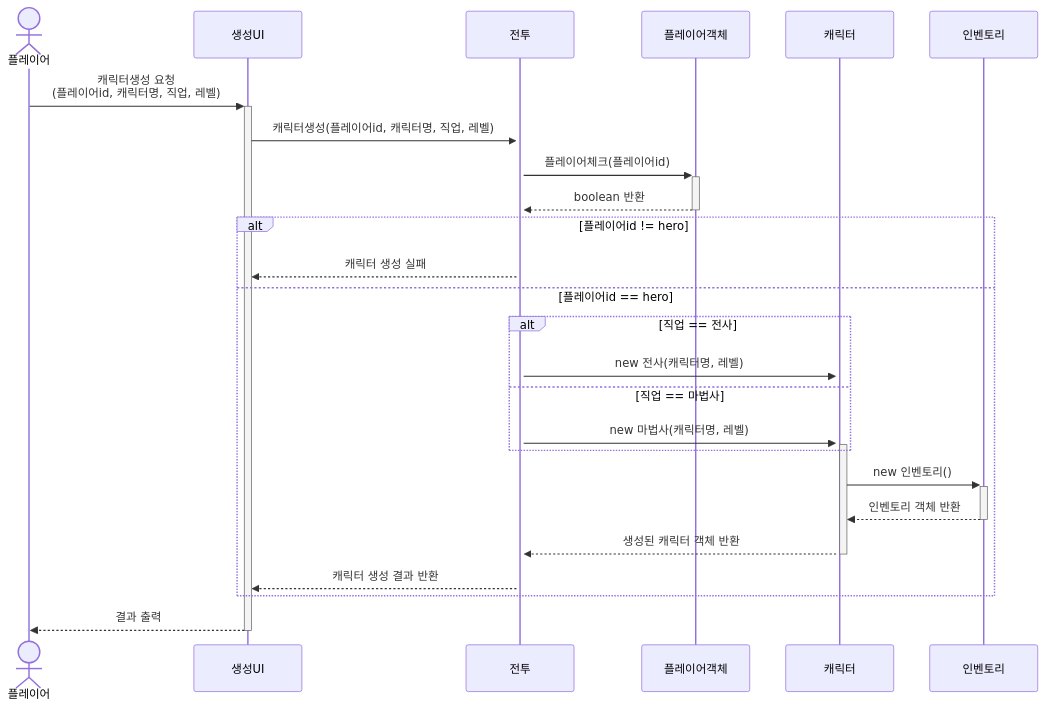
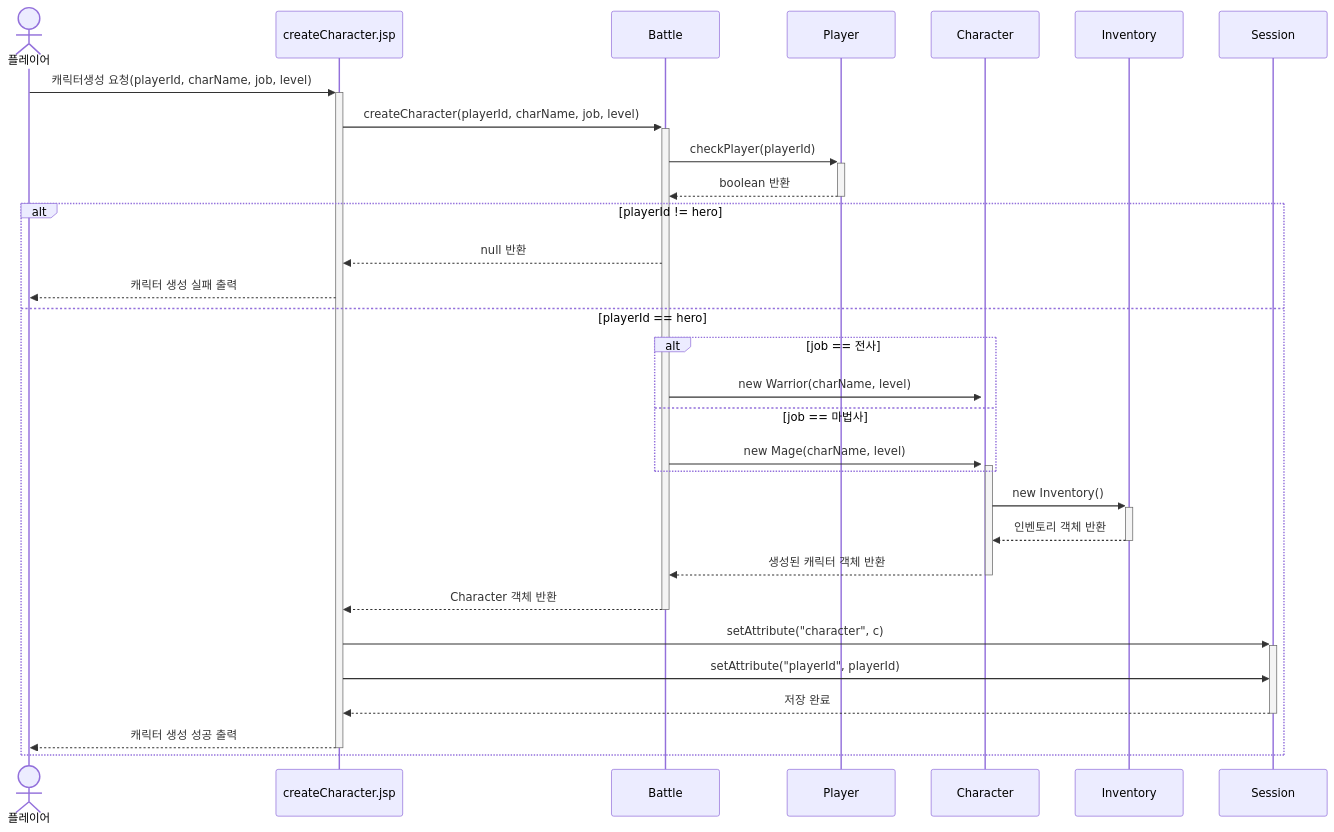
Before and after one commit to Sewqp/DnF_Battle2_B_06-: the diagram in 생성순차도.md, drawn with Mermaid. The commit also changed 1 other file, not shown here.

````diff
--- a/생성순차도.md
+++ b/생성순차도.md
@@ -1,47 +1,42 @@
 ```mermaid
 sequenceDiagram
     actor 플레이어
 
-    participant 생성UI
-    participant 전투
-    participant 플레이어객체
-    participant 캐릭터
-    participant 인벤토리
+    participant 생성UI as createCharacter.jsp
+    participant 전투 as Battle
+    participant 플레이어객체 as Player
+    participant 캐릭터 as Character
+    participant 인벤토리 as Inventory
+    participant 세션 as Session
 
-    플레이어 ->>+ 생성UI: 캐릭터생성 요청<br/>(플레이어id, 캐릭터명, 직업, 레벨)
+    플레이어 ->>+ 생성UI: 캐릭터생성 요청(playerId, charName, job, level)
+    생성UI ->>+ 전투: createCharacter(playerId, charName, job, level)
 
-    생성UI ->>+ 전투: 캐릭터생성(플레이어id, 캐릭터명, 직업, 레벨)
-
-    전투 ->>+ 플레이어객체: 플레이어체크(플레이어id)
-
+    전투 ->>+ 플레이어객체: checkPlayer(playerId)
     플레이어객체 -->>- 전투: boolean 반환
 
-    alt 플레이어id != hero
+    alt playerId != hero
+        전투 -->> 생성UI: null 반환
+        생성UI -->> 플레이어: 캐릭터 생성 실패 출력
 
-        전투 -->> 생성UI: 캐릭터 생성 실패
-
-    else 플레이어id == hero
-
-        alt 직업 == 전사
-
-            전투 ->>+ 캐릭터: new 전사(캐릭터명, 레벨)
-
-        else 직업 == 마법사
-
-            전투 ->>+ 캐릭터: new 마법사(캐릭터명, 레벨)
-
+    else playerId == hero
+        alt job == 전사
+            전투 ->>+ 캐릭터: new Warrior(charName, level)
+        else job == 마법사
+            전투 ->>+ 캐릭터: new Mage(charName, level)
         end
 
-        캐릭터 ->>+ 인벤토리: new 인벤토리()
-
+        캐릭터 ->>+ 인벤토리: new Inventory()
         인벤토리 -->>- 캐릭터: 인벤토리 객체 반환
 
 
         캐릭터 -->>- 전투: 생성된 캐릭터 객체 반환
+        전투 -->>- 생성UI: Character 객체 반환
 
-        전투 -->> 생성UI: 캐릭터 생성 결과 반환
+        생성UI ->>+ 세션: setAttribute("character", c)
+        생성UI ->> 세션: setAttribute("playerId", playerId)
+        세션 -->>- 생성UI: 저장 완료
 
+        생성UI -->>- 플레이어: 캐릭터 생성 성공 출력
     end
-
-    생성UI -->>- 플레이어: 결과 출력
 ```
````
